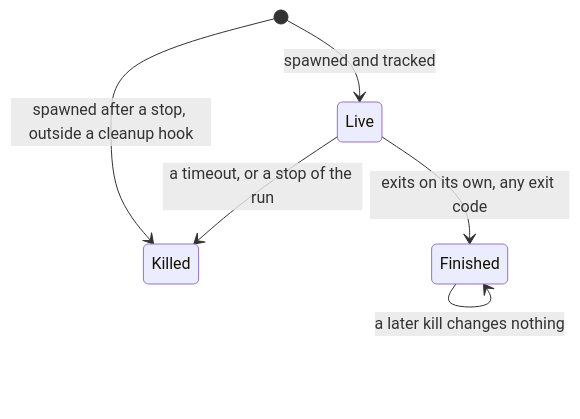
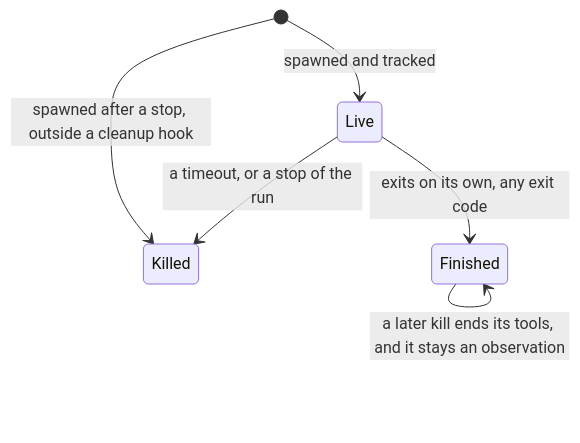
One commit to edonadei/caliper changed the second of 3 diagrams in docs/statecharts.md. Above: the diagram before and after it, drawn with Mermaid. The commit also changed other lines of this file and 2 other files, not shown here.

First line of the commit message:
Check chart edges, reparented tools and concurrent stops

````diff
--- a/docs/statecharts.md
+++ b/docs/statecharts.md
@@ -55,8 +58,8 @@
 ```mermaid
 stateDiagram-v2
     [*] --> Live: spawned and tracked
     [*] --> Killed: spawned after a stop, outside a cleanup hook
     Live --> Finished: exits on its own, any exit code
     Live --> Killed: a timeout, or a stop of the run
-    Finished --> Finished: a later kill changes nothing
+    Finished --> Finished: a later kill ends its tools, and it stays an observation
 ```
````
